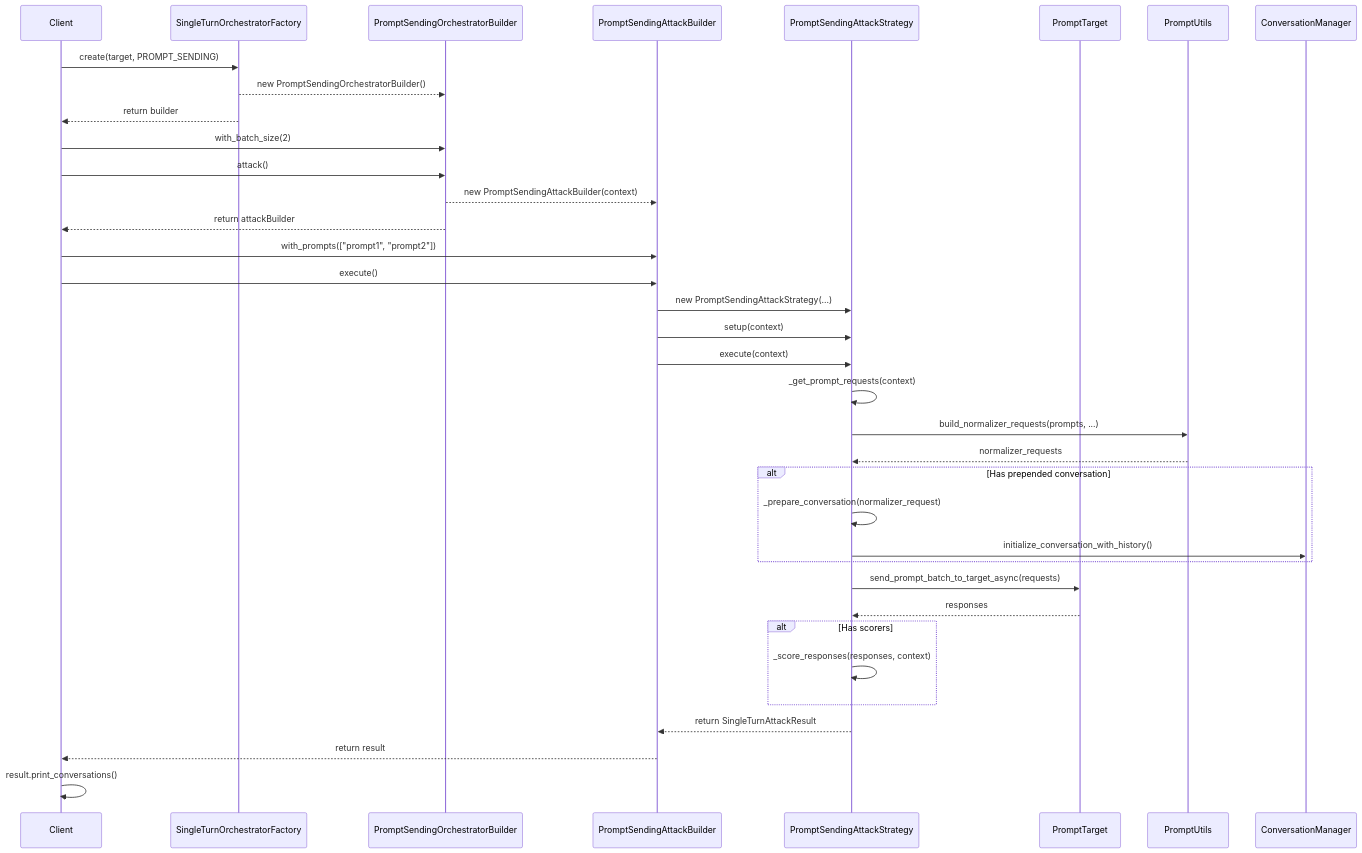
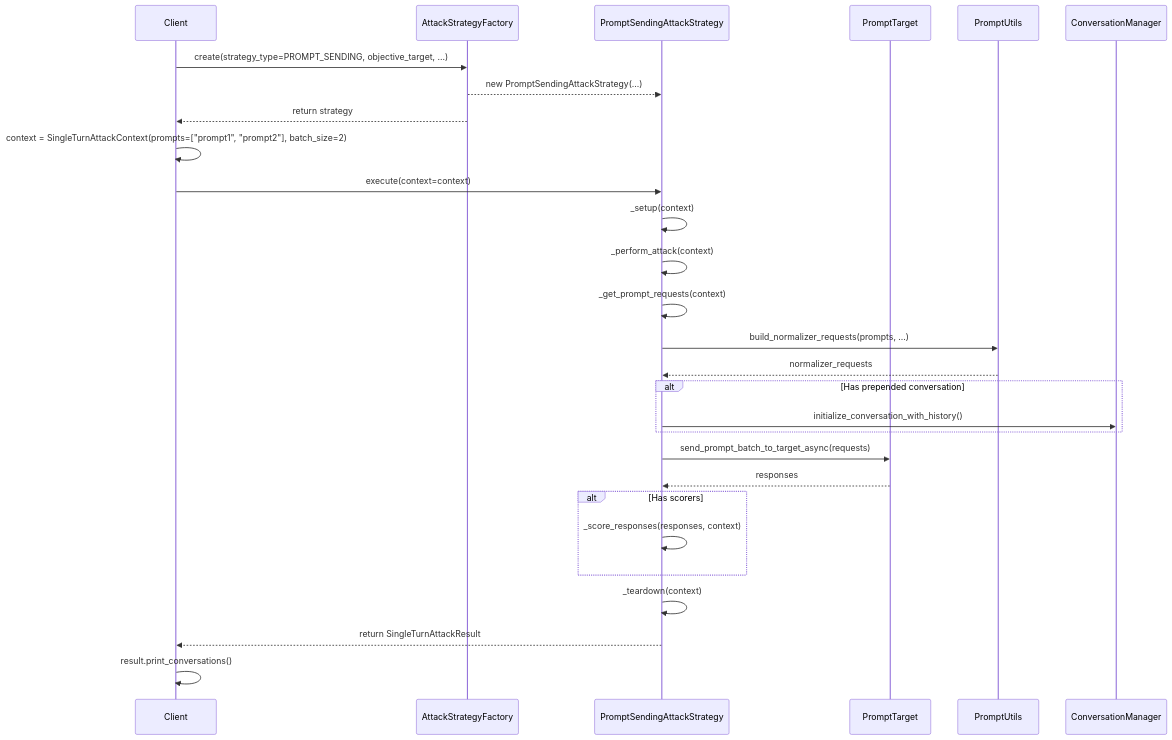
One commit to Azure/PyRIT changed the diagram in pyrit/orchestratorv3/diagrams/prompt_sending_attack.mmd. Above: the diagram before and after it, drawn with Mermaid. The commit also changed 32 other files, not shown here.

```diff
--- a/pyrit/orchestratorv3/diagrams/prompt_sending_attack.mmd
+++ b/pyrit/orchestratorv3/diagrams/prompt_sending_attack.mmd
@@ -1,46 +1,37 @@
 sequenceDiagram
     participant Client
-    participant Factory as SingleTurnOrchestratorFactory
-    participant Builder as PromptSendingOrchestratorBuilder
-    participant AttackBuilder as PromptSendingAttackBuilder
+    participant Factory as AttackStrategyFactory
     participant Strategy as PromptSendingAttackStrategy
     participant Target as PromptTarget
     participant PromptUtils
     participant ConvManager as ConversationManager
     
-    Client->>Factory: create(target, PROMPT_SENDING)
-    Factory-->>Builder: new PromptSendingOrchestratorBuilder()
-    Factory-->>Client: return builder
+    Client->>Factory: create(strategy_type=PROMPT_SENDING, objective_target, ...)
+    Factory-->>Strategy: new PromptSendingAttackStrategy(...)
+    Factory-->>Client: return strategy
     
-    Client->>Builder: with_batch_size(2)
-    Client->>Builder: attack()
-    Builder-->>AttackBuilder: new PromptSendingAttackBuilder(context)
-    Builder-->>Client: return attackBuilder
+    Client->>Client: context = SingleTurnAttackContext(prompts=["prompt1", "prompt2"], batch_size=2)
+    Client->>Strategy: execute(context=context)
     
-    Client->>AttackBuilder: with_prompts(["prompt1", "prompt2"])
-    Client->>AttackBuilder: execute()
-    
-    AttackBuilder->>Strategy: new PromptSendingAttackStrategy(...)
-    AttackBuilder->>Strategy: setup(context)
-    AttackBuilder->>Strategy: execute(context)
+    Strategy->>Strategy: _setup(context)
+    Strategy->>Strategy: _perform_attack(context)
     
     Strategy->>Strategy: _get_prompt_requests(context)
     Strategy->>PromptUtils: build_normalizer_requests(prompts, ...)
     PromptUtils-->>Strategy: normalizer_requests
     
     alt Has prepended conversation
-        Strategy->>Strategy: _prepare_conversation(normalizer_request)
         Strategy->>ConvManager: initialize_conversation_with_history()
     end
     
     Strategy->>Target: send_prompt_batch_to_target_async(requests)
     Target-->>Strategy: responses
     
     alt Has scorers
         Strategy->>Strategy: _score_responses(responses, context) 
     end
     
-    Strategy-->>AttackBuilder: return SingleTurnAttackResult
-    AttackBuilder-->>Client: return result
+    Strategy->>Strategy: _teardown(context)
+    Strategy-->>Client: return SingleTurnAttackResult
     
     Client->>Client: result.print_conversations()
```
